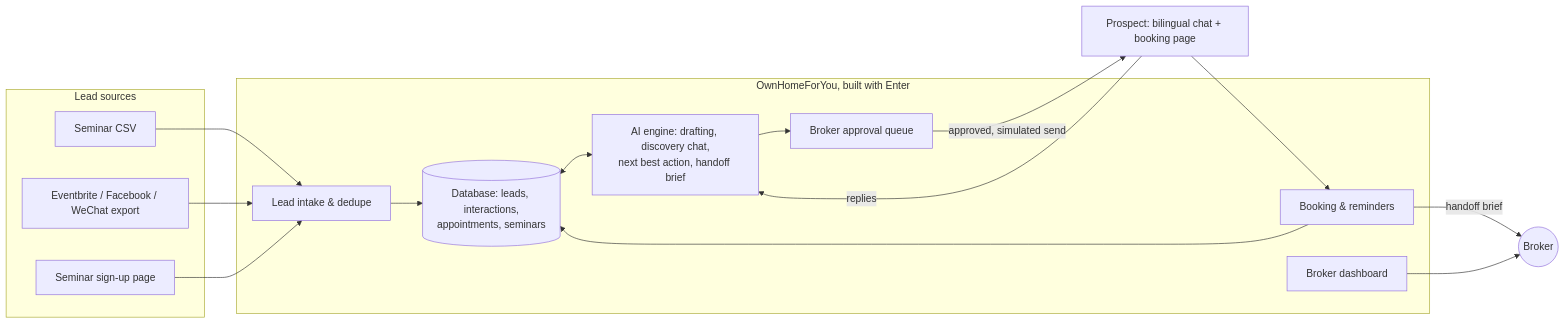
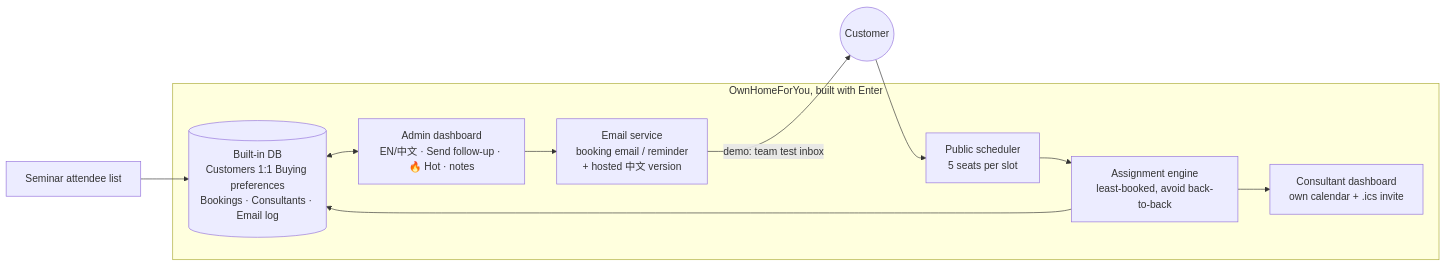
One commit to sakshamaggarwal/Stanford-Hack changed the diagram in docs/ARCHITECTURE.md. Above: the diagram before and after it, drawn with Mermaid. The commit also changed other lines of this file and 13 other files, not shown here.

Commit message:
feat: v0.2 scope - scheduler reference logic + tests, nested demo data, updated docs

````diff
--- a/docs/ARCHITECTURE.md
+++ b/docs/ARCHITECTURE.md
@@ -3,25 +3,16 @@
 ```mermaid
 flowchart LR
-  subgraph Sources[Lead sources]
-    A1[Seminar CSV]
-    A2[Eventbrite / Facebook / WeChat export]
-    A3[Seminar sign-up page]
+  S[Seminar attendee list] --> DB
+  subgraph Enter[OwnHomeForYou, built with Enter]
+    DB[(Built-in DB<br/>Customers 1:1 Buying preferences<br/>Bookings · Consultants · Email log)]
+    AD[Admin dashboard<br/>EN/中文 · Send follow-up · 🔥 Hot · notes]
+    EM[Email service<br/>booking email / reminder<br/>+ hosted 中文 version]
+    SC[Public scheduler<br/>5 seats per slot]
+    AS[Assignment engine<br/>least-booked, avoid back-to-back]
+    CD[Consultant dashboard<br/>own calendar + .ics invite]
   end
-  subgraph App[OwnHomeForYou, built with Enter]
-    B1[Lead intake & dedupe]
-    B2[(Database: leads, interactions,<br/>appointments, seminars)]
-    B3[AI engine: drafting, discovery chat,<br/>next best action, handoff brief]
-    B4[Broker approval queue]
-    B5[Booking & reminders]
-    B6[Broker dashboard]
-  end
-  P[Prospect: bilingual chat + booking page]
-  Broker((Broker))
-  A1 & A2 & A3 --> B1 --> B2
-  B2 <--> B3
-  B3 --> B4 -->|approved, simulated send| P
-  P -->|replies| B3
-  P --> B5 --> B2
-  B5 -->|handoff brief| Broker
-  B6 --> Broker
+  AD --> EM -->|demo: team test inbox| Cust((Customer))
+  Cust --> SC --> AS --> DB
+  AS --> CD
+  DB <--> AD
 ```
````
